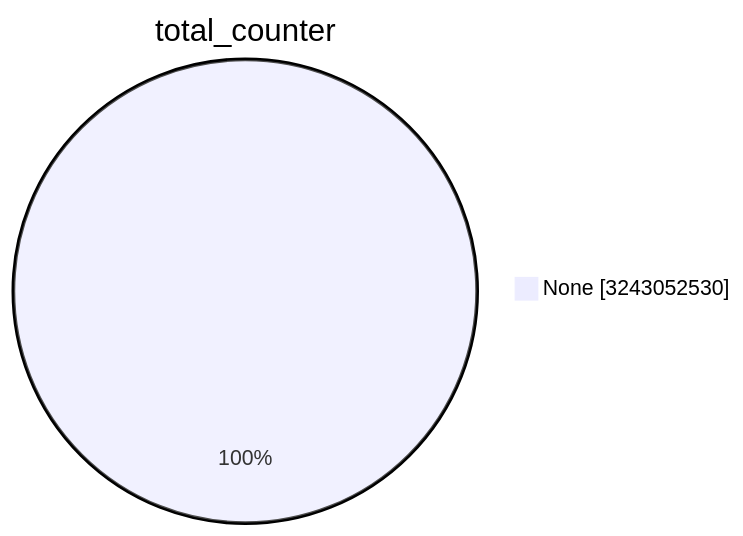
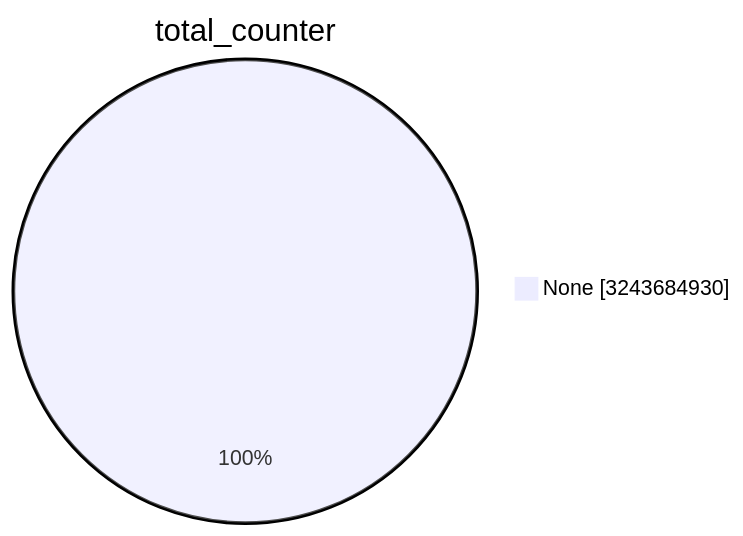
One commit to christiankrug/ctmonitor_visualization changed the first of 15 diagrams in TOTAL/README.md. Above: the diagram before and after it, drawn with Mermaid. The commit also changed other lines of this file, not shown here.

````diff
--- a/TOTAL/README.md
+++ b/TOTAL/README.md
@@ -1,5 +1,5 @@
 ```mermaid
 pie showData
 title total_counter
-"None" :3243052530
+"None" :3243684930
 ```
````
